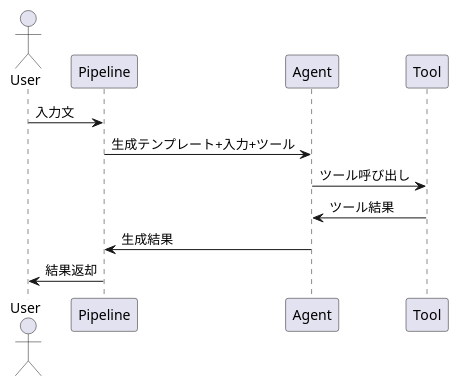
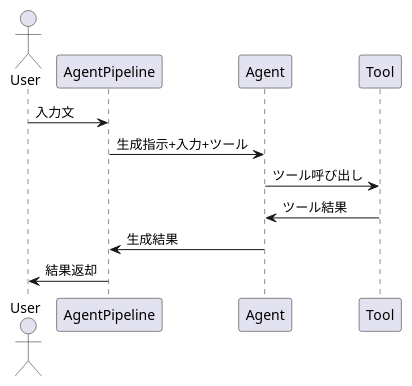
One commit to kitfactory/refinire changed the third of 4 diagrams in docs/function_spec.md. Above: the diagram before and after it, drawn with PlantUML. The commit also changed other lines of this file and 33 other files, not shown here.

````diff
--- a/docs/function_spec.md
+++ b/docs/function_spec.md
@@ -54,14 +54,14 @@
 ```plantuml
 @startuml
 actor User
-participant Pipeline
+participant AgentPipeline
 participant Agent
 participant Tool
-User -> Pipeline: 入力文
-Pipeline -> Agent: 生成テンプレート+入力+ツール
+User -> AgentPipeline: 入力文
+AgentPipeline -> Agent: 生成指示+入力+ツール
 Agent -> Tool: ツール呼び出し
 Tool -> Agent: ツール結果
-Agent -> Pipeline: 生成結果
-Pipeline -> User: 結果返却
+Agent -> AgentPipeline: 生成結果
+AgentPipeline -> User: 結果返却
 @enduml
 ```
````
